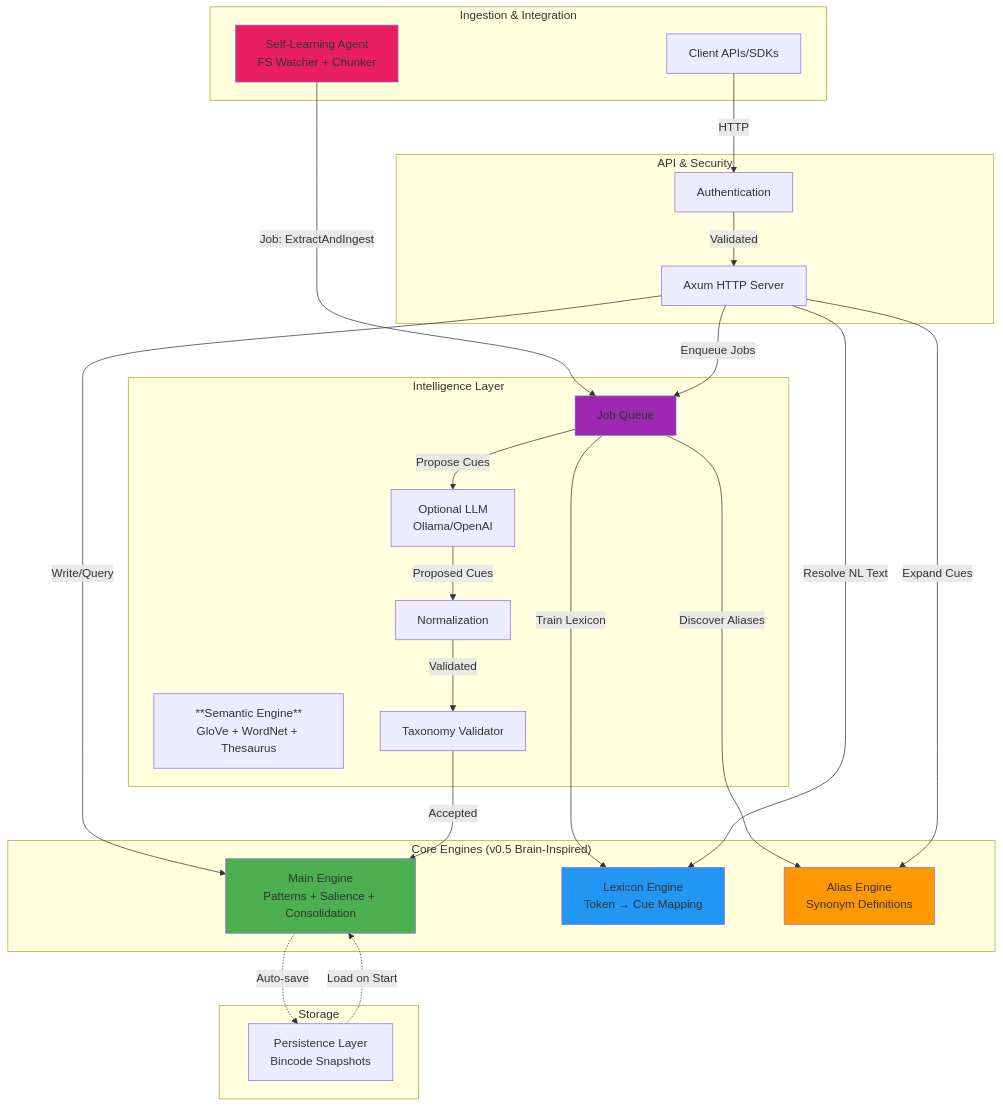
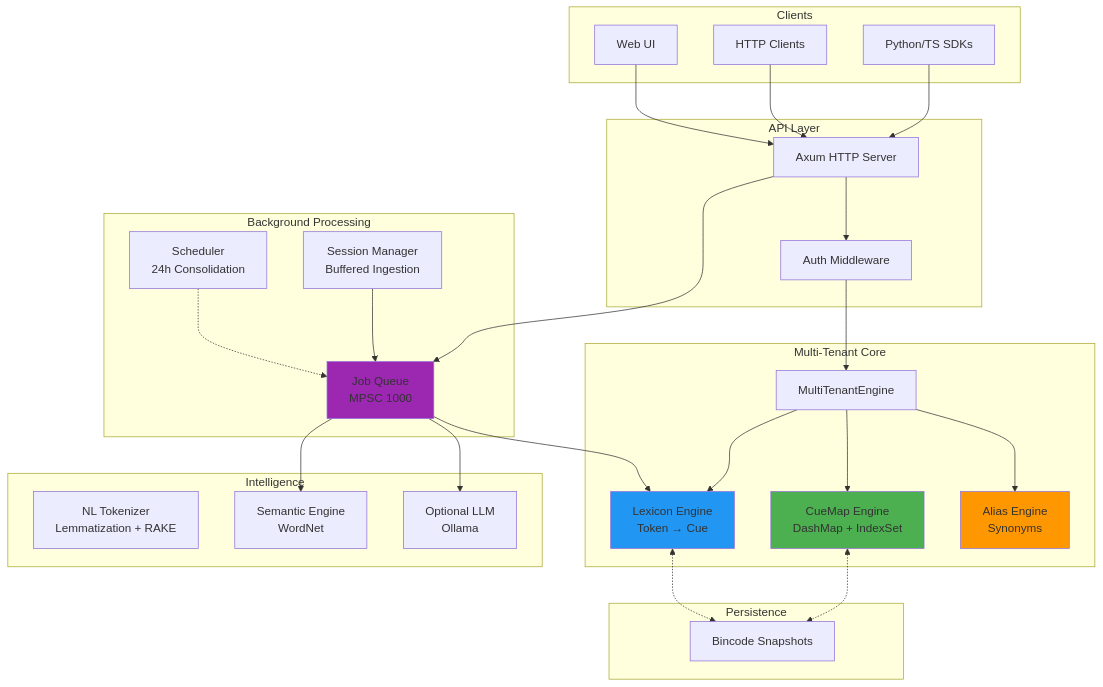
One commit to cuemap-dev/cuemap changed the first of 6 diagrams in README.md. Above: the diagram before and after it, drawn with Mermaid. The commit also changed other lines of this file and 6 other files, not shown here.

````diff
--- a/README.md
+++ b/README.md
@@ -551,56 +573,61 @@
 ```mermaid
 graph TB
-    subgraph "Ingestion & Integration"
-        CLIENT[Client APIs/SDKs]
-        AGENT[Self-Learning Agent<br/>FS Watcher + Chunker]
+    subgraph "Clients"
+        SDK[Python/TS SDKs]
+        CURL[HTTP Clients]
+        UI[Web UI]
     end
     
-    subgraph "API & Security"
-        API[Axum HTTP Server]
-        AUTH[Authentication]
+    subgraph "API Layer"
+        AXUM[Axum HTTP Server]
+        AUTH[Auth Middleware]
     end
     
-    subgraph "Core Engines (v0.5 Brain-Inspired)"
-        MAIN[Main Engine<br/>Patterns + Salience + Consolidation]
-        LEXICON[Lexicon Engine<br/>Token → Cue Mapping]
-        ALIASES[Alias Engine<br/>Synonym Definitions]
+    subgraph "Multi-Tenant Core"
+        MT[MultiTenantEngine]
+        MAIN[CueMap Engine<br/>DashMap + IndexSet]
+        LEX[Lexicon Engine<br/>Token → Cue]
+        ALIAS[Alias Engine<br/>Synonyms]
     end
     
-    subgraph "Intelligence Layer"
-        JOBS[Job Queue]
-        SEMANTIC[**Semantic Engine**<br/>GloVe + WordNet + Thesaurus]
-        LLM[Optional LLM<br/>Ollama/OpenAI]
-        NORM[Normalization]
-        TAX[Taxonomy Validator]
+    subgraph "Background Processing"
+        QUEUE[Job Queue<br/>MPSC 1000]
+        SESSION[Session Manager<br/>Buffered Ingestion]
+        SCHED[Scheduler<br/>24h Consolidation]
     end
     
-    subgraph "Storage"
-        PERSIST[Persistence Layer<br/>Bincode Snapshots]
+    subgraph "Intelligence"
+        NL[NL Tokenizer<br/>Lemmatization + RAKE]
+        SEMANTIC[Semantic Engine<br/>WordNet]
+        LLM[Optional LLM<br/>Ollama]
     end
     
-    CLIENT -->|HTTP| AUTH
-    AGENT -->|Job: ExtractAndIngest| JOBS
-    AUTH -->|Validated| API
-    API -->|Write/Query| MAIN
-    API -->|Enqueue Jobs| JOBS
+    subgraph "Persistence"
+        PERSIST[Bincode Snapshots]
+    end
     
-    MAIN -.->|Auto-save| PERSIST
-    PERSIST -.->|Load on Start| MAIN
+    SDK --> AXUM
+    CURL --> AXUM
+    UI --> AXUM
+    AXUM --> AUTH --> MT
     
-    JOBS -->|Train Lexicon| LEXICON
-    JOBS -->|Propose Cues| LLM
-    JOBS -->|Discover Aliases| ALIASES
+    MT --> MAIN
+    MT --> LEX
+    MT --> ALIAS
     
-    API -->|Resolve NL Text| LEXICON
-    API -->|Expand Cues| ALIASES
+    AXUM --> QUEUE
+    SESSION --> QUEUE
+    SCHED -.-> QUEUE
     
-    LLM -->|Proposed Cues| NORM
-    NORM -->|Validated| TAX
-    TAX -->|Accepted| MAIN
+    QUEUE --> SEMANTIC
+    QUEUE --> LLM
+    QUEUE --> LEX
+    
+    MAIN <-.-> PERSIST
+    LEX <-.-> PERSIST
     
     style MAIN fill:#4CAF50
-    style LEXICON fill:#2196F3
-    style ALIASES fill:#FF9800
-    style JOBS fill:#9C27B0
-    style AGENT fill:#E91E63
+    style LEX fill:#2196F3
+    style ALIAS fill:#FF9800
+    style QUEUE fill:#9C27B0
 ```
````
